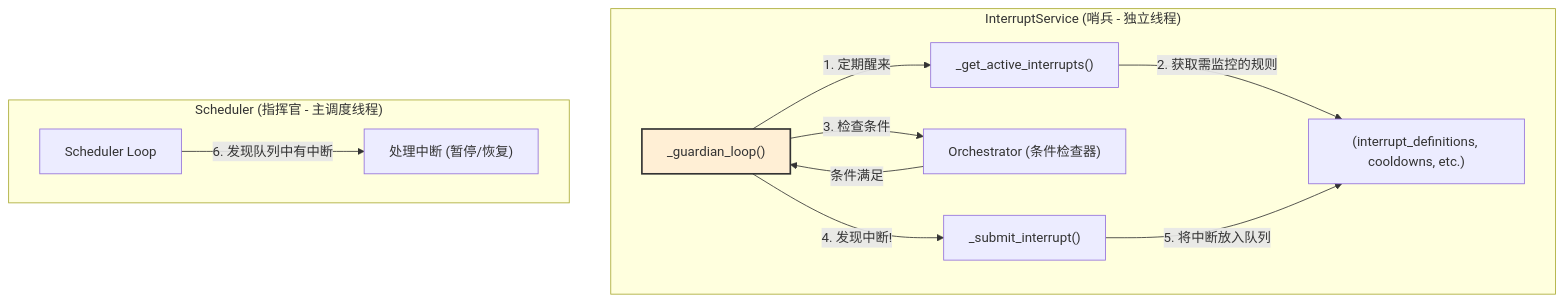
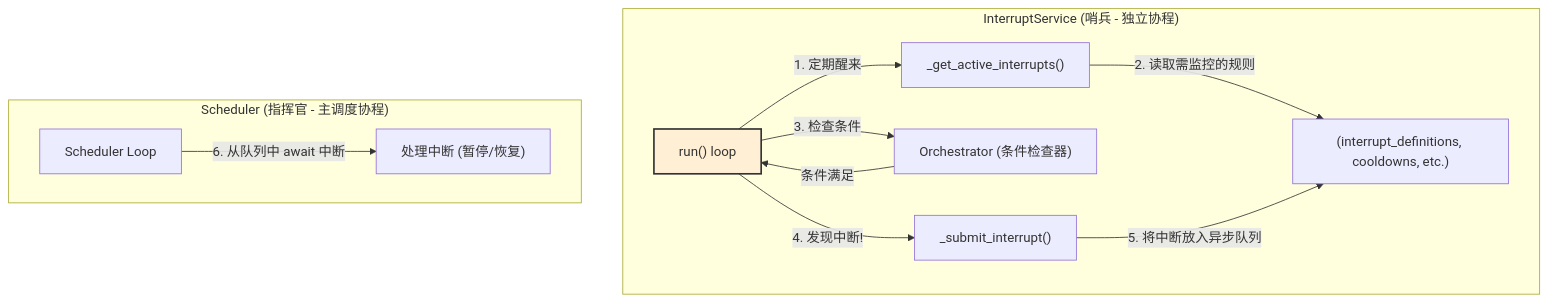
The diagram in readme/core_doc/interrupt_service.md (nightofknife/aura-framework), drawn with Mermaid before and after one commit. The commit also changed other lines of this file and 22 other files, not shown here.

````diff
--- a/readme/core_doc/interrupt_service.md
+++ b/readme/core_doc/interrupt_service.md
@@ -18,21 +19,21 @@
 ```mermaid
 graph TD
-    subgraph "InterruptService (哨兵 - 独立线程)"
-        GuardianLoop["_guardian_loop()"]
+    subgraph "InterruptService (哨兵 - 独立协程)"
+        GuardianLoop["run() loop"]
         GuardianLoop -- "1. 定期醒来" --> GetActive["_get_active_interrupts()"]
-        GetActive -- "2. 获取需监控的规则" --> SchedulerState
+        GetActive -- "2. 读取需监控的规则" --> SchedulerState
         GuardianLoop -- "3. 检查条件" --> Orchestrator
         Orchestrator -- "条件满足" --> GuardianLoop
         GuardianLoop -- "4. 发现中断!" --> Submit["_submit_interrupt()"]
-        Submit -- "5. 将中断放入队列" --> SchedulerState
+        Submit -- "5. 将中断放入异步队列" --> SchedulerState
     end
 
-    subgraph "Scheduler (指挥官 - 主调度线程)"
+    subgraph "Scheduler (指挥官 - 主调度协程)"
         SchedulerState["(interrupt_definitions, cooldowns, etc.)"]
-        SchedulerLoop["Scheduler Loop"] -- "6. 发现队列中有中断" --> HandleInterrupt["处理中断 (暂停/恢复)"]
+        SchedulerLoop["Scheduler Loop"] -- "6. 从队列中 await 中断" --> HandleInterrupt["处理中断 (暂停/恢复)"]
     end
     
     Orchestrator["Orchestrator (条件检查器)"]
 
     style GuardianLoop fill:#ffefd5,stroke:#333,stroke-width:2px
 ```
````
